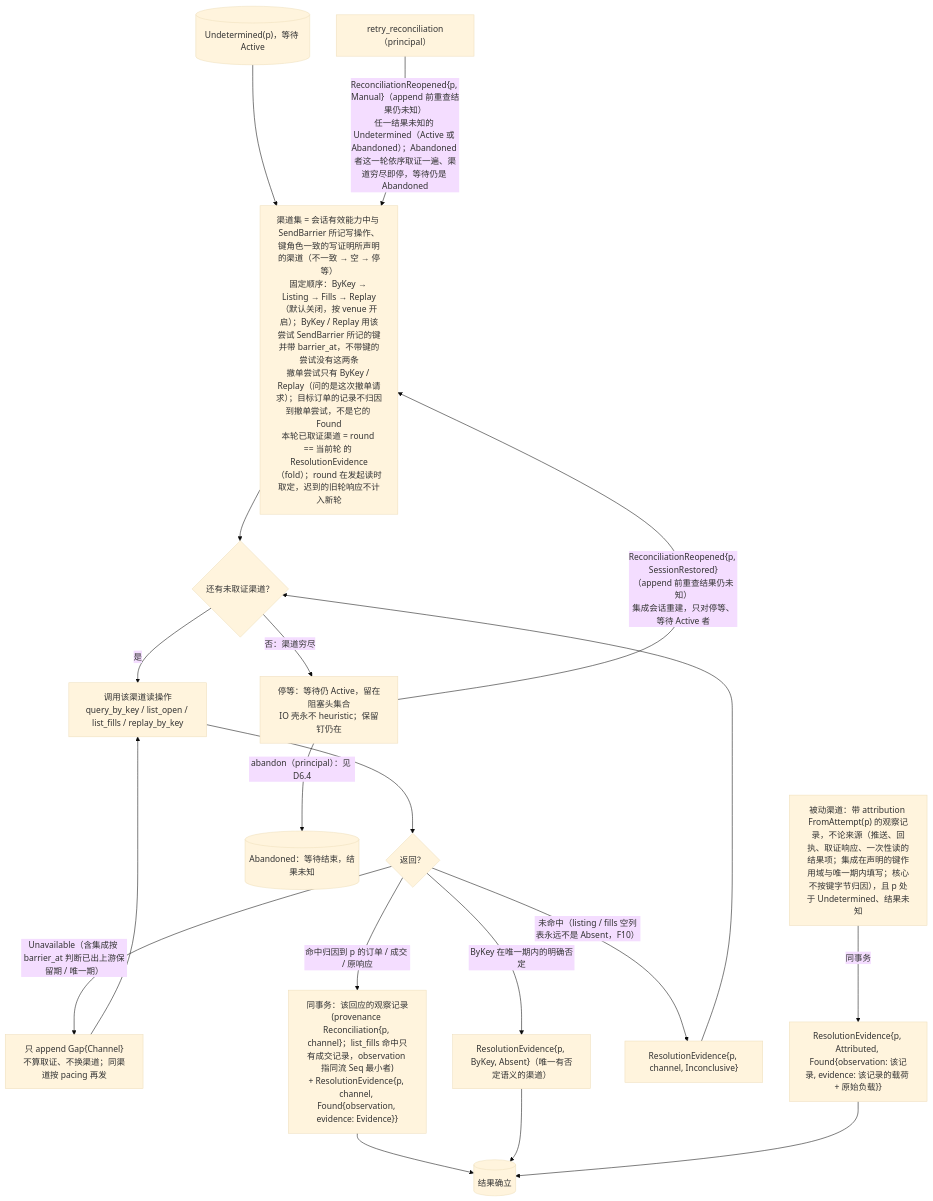
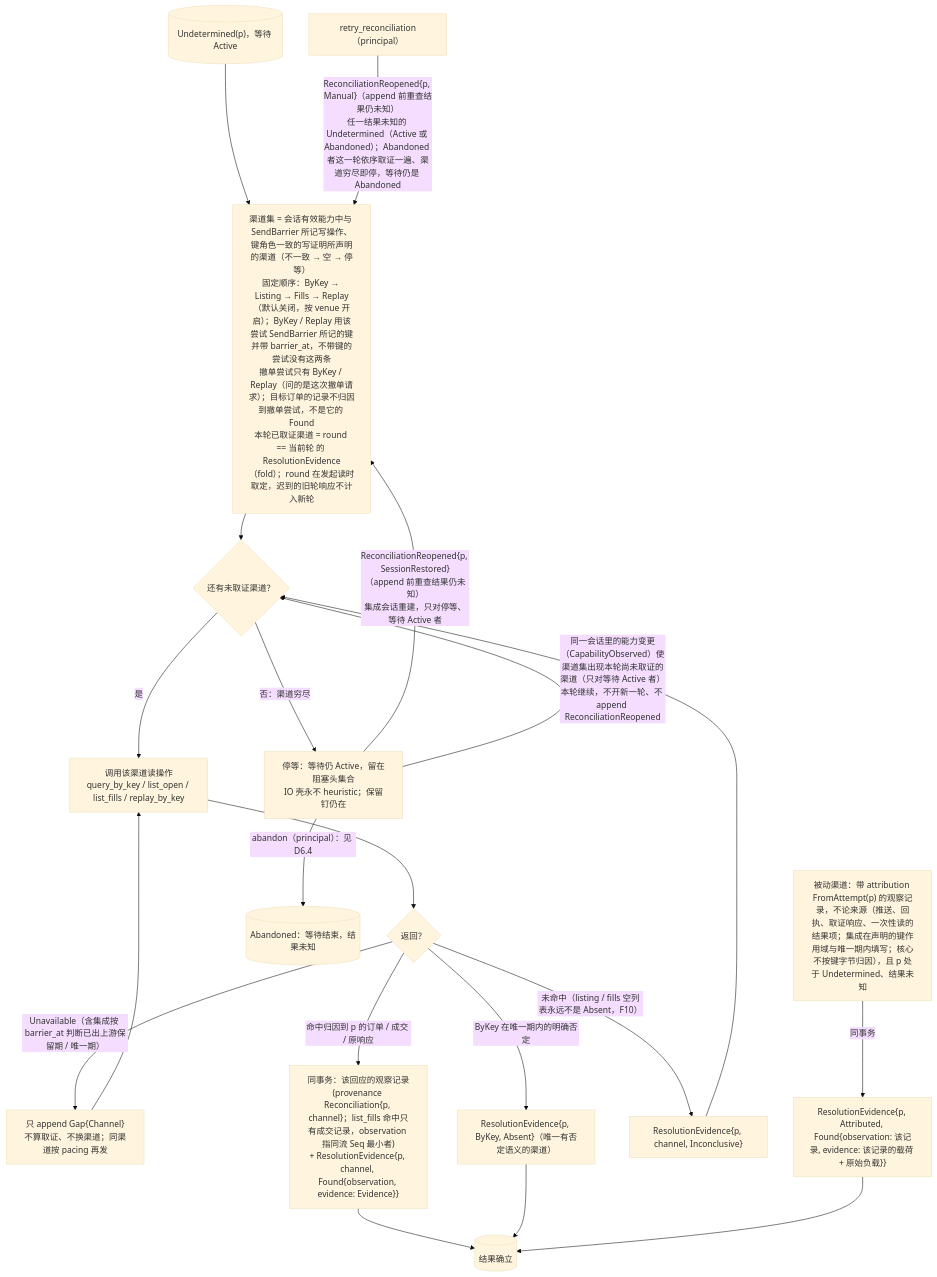
The second of 7 diagrams in design/diagrams/06-io-shell-attempt.md (mouriya-s-lab/uta), drawn with Mermaid (base theme) before and after one commit. The commit also changed other lines of this file and 11 other files, not shown here.

````diff
--- a/design/diagrams/06-io-shell-attempt.md
+++ b/design/diagrams/06-io-shell-attempt.md
@@ -58,22 +58,23 @@
 ```mermaid
 flowchart TB
   UD[("Undetermined(p)，等待 Active")]
   UD --> CH0["渠道集 = 会话有效能力中与 SendBarrier 所记写操作、键角色一致的写证明所声明的渠道（不一致 → 空 → 停等）<br/>固定顺序：ByKey → Listing → Fills → Replay（默认关闭，按 venue 开启）；ByKey / Replay 用该尝试 SendBarrier 所记的键并带 barrier_at，不带键的尝试没有这两条<br/>撤单尝试只有 ByKey / Replay（问的是这次撤单请求）；目标订单的记录不归因到撤单尝试，不是它的 Found<br/>本轮已取证渠道 = round == 当前轮 的 ResolutionEvidence（fold）；round 在发起读时取定，迟到的旧轮响应不计入新轮"]
   CH0 --> NEXT{"还有未取证渠道？"}
   NEXT -->|"是"| CALL["调用该渠道读操作<br/>query_by_key / list_open / list_fills / replay_by_key"]
   CALL --> RES{"返回？"}
   RES -->|"Unavailable（含集成按 barrier_at 判断已出上游保留期 / 唯一期）"| GAP["只 append Gap{Channel}<br/>不算取证、不换渠道；同渠道按 pacing 再发"]
   GAP --> CALL
   RES -->|"命中归因到 p 的订单 / 成交 / 原响应"| FOUND["同事务：该回应的观察记录(provenance Reconciliation{p, channel}；list_fills 命中只有成交记录，observation 指同流 Seq 最小者)<br/>+ ResolutionEvidence{p, channel, Found{observation, evidence: Evidence}}"]
   RES -->|"ByKey 在唯一期内的明确否定"| ABS["ResolutionEvidence{p, ByKey, Absent}（唯一有否定语义的渠道）"]
   RES -->|"未命中（listing / fills 空列表永远不是 Absent，F10）"| INC["ResolutionEvidence{p, channel, Inconclusive}"]
   INC --> NEXT
   NEXT -->|"否：渠道穷尽"| WAIT["停等：等待仍 Active，留在阻塞头集合<br/>IO 壳永不 heuristic；保留钉仍在"]
   WAIT -->|"ReconciliationReopened{p, SessionRestored}（append 前重查结果仍未知）<br/>集成会话重建，只对停等、等待 Active 者"| CH0
+  WAIT -->|"同一会话里的能力变更（CapabilityObserved）使渠道集出现本轮尚未取证的渠道（只对等待 Active 者）<br/>本轮继续，不开新一轮、不 append ReconciliationReopened"| NEXT
   MAN["retry_reconciliation（principal）"] -->|"ReconciliationReopened{p, Manual}（append 前重查结果仍未知）<br/>任一结果未知的 Undetermined（Active 或 Abandoned）；Abandoned 者这一轮依序取证一遍、渠道穷尽即停，等待仍是 Abandoned"| CH0
   WAIT -->|"abandon（principal）：见 D6.4"| AB[("Abandoned：等待结束，结果未知")]
   ATTR["被动渠道：带 attribution FromAttempt(p) 的观察记录，不论来源（推送、回执、取证响应、一次性读的结果项；集成在声明的键作用域与唯一期内填写；核心不按键字节归因），且 p 处于 Undetermined、结果未知"] -->|"同事务"| ATT["ResolutionEvidence{p, Attributed, Found{observation: 该记录, evidence: 该记录的载荷 + 原始负载}}"]
   FOUND --> RS[("结果确立")]
   ABS --> RS
   ATT --> RS
 ```
````
